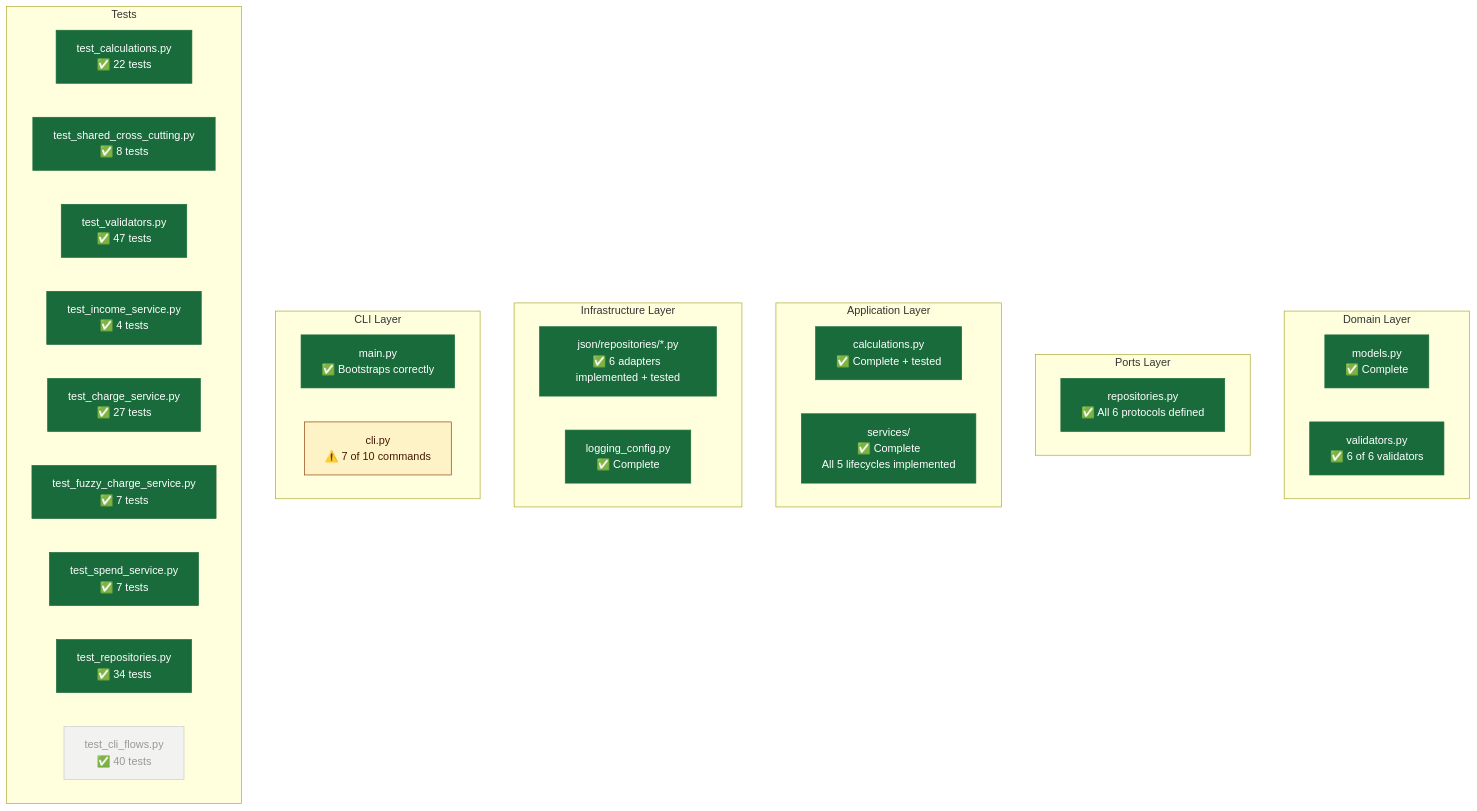
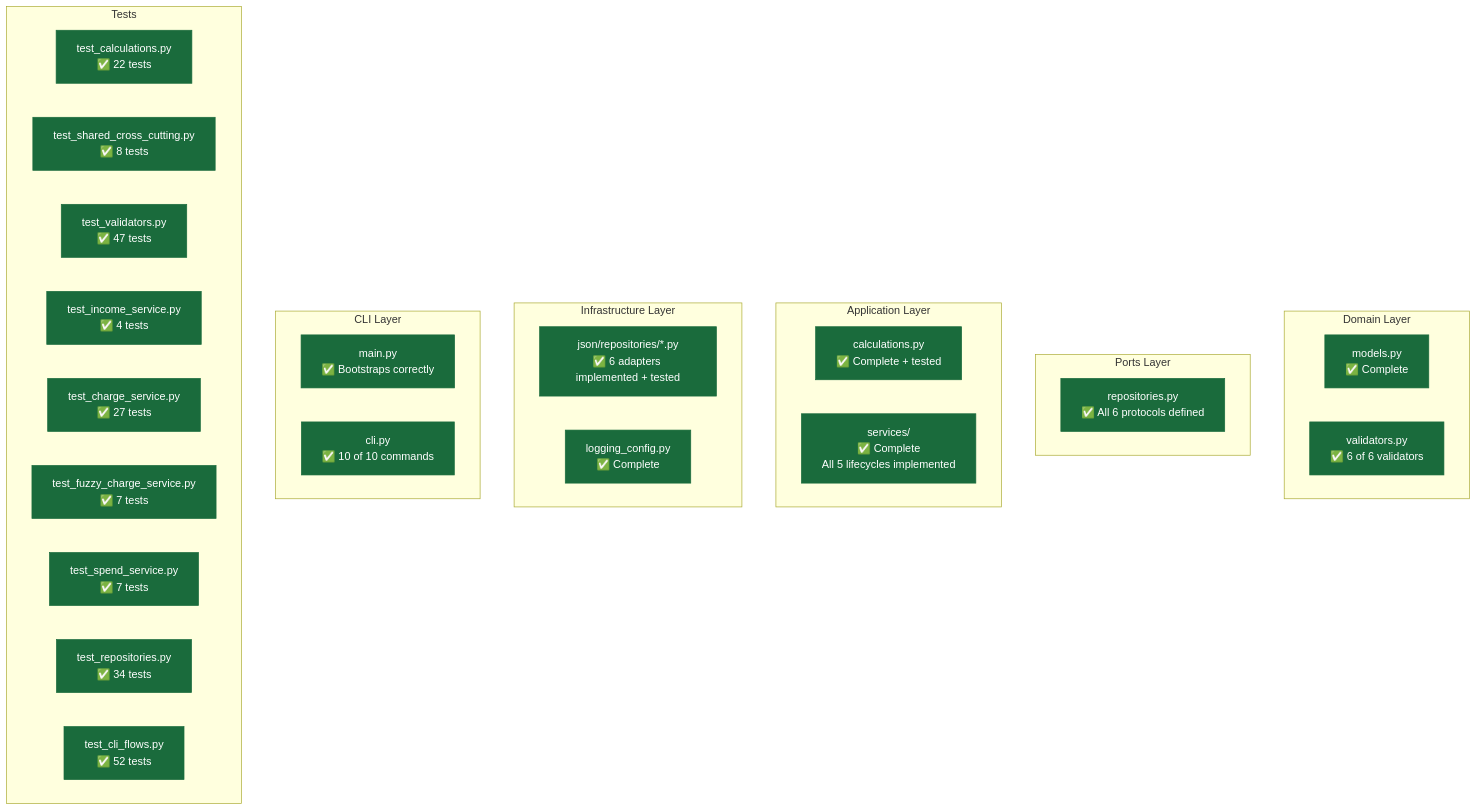
One commit to MoaminShikha/student-expense-tracker changed diagram 12 of 25 in Docs/stage1_implementation_status.md. Above: the diagram before and after it, drawn with Mermaid. The commit also changed other lines of this file, not shown here.

````diff
--- a/Docs/stage1_implementation_status.md
+++ b/Docs/stage1_implementation_status.md
@@ -431,59 +414,59 @@
 ```mermaid
 graph TD
     subgraph layer_domain["Domain Layer"]
         M["models.py\n✅ Complete"]
         V["validators.py\n✅ 6 of 6 validators"]
     end
 
     subgraph layer_ports["Ports Layer"]
         R["repositories.py\n✅ All 6 protocols defined"]
     end
 
     subgraph layer_app["Application Layer"]
         C["calculations.py\n✅ Complete + tested"]
         S["services/\n✅ Complete\nAll 5 lifecycles implemented"]
     end
 
     subgraph layer_infra["Infrastructure Layer"]
         J["json/repositories/*.py\n✅ 6 adapters implemented + tested"]
         L["logging_config.py\n✅ Complete"]
     end
 
     subgraph layer_cli["CLI Layer"]
         Main["main.py\n✅ Bootstraps correctly"]
-        Cli["cli.py\n⚠️ 7 of 10 commands"]
+        Cli["cli.py\n✅ 10 of 10 commands"]
     end
 
     subgraph layer_tests["Tests"]
         T1["test_calculations.py\n✅ 22 tests"]
         T2["test_shared_cross_cutting.py\n✅ 8 tests"]
         T3["test_validators.py\n✅ 47 tests"]
         T4["test_income_service.py\n✅ 4 tests"]
         T5["test_charge_service.py\n✅ 27 tests"]
         T6["test_fuzzy_charge_service.py\n✅ 7 tests"]
         T7["test_spend_service.py\n✅ 7 tests"]
         T8["test_repositories.py\n✅ 34 tests"]
-        T9["test_cli_flows.py\n✅ 40 tests"]
+        T9["test_cli_flows.py\n✅ 52 tests"]
     end
 
     style M fill:#1a6b3c,color:#fff,stroke:#1a6b3c
     style R fill:#1a6b3c,color:#fff,stroke:#1a6b3c
     style C fill:#1a6b3c,color:#fff,stroke:#1a6b3c
     style J fill:#1a6b3c,color:#fff,stroke:#1a6b3c
     style L fill:#1a6b3c,color:#fff,stroke:#1a6b3c
     style Main fill:#1a6b3c,color:#fff,stroke:#1a6b3c
     style T1 fill:#1a6b3c,color:#fff,stroke:#1a6b3c
     style T2 fill:#1a6b3c,color:#fff,stroke:#1a6b3c
     style T3 fill:#1a6b3c,color:#fff,stroke:#1a6b3c
     style T4 fill:#1a6b3c,color:#fff,stroke:#1a6b3c
     style T5 fill:#1a6b3c,color:#fff,stroke:#1a6b3c
     style T6 fill:#1a6b3c,color:#fff,stroke:#1a6b3c
     style T7 fill:#1a6b3c,color:#fff,stroke:#1a6b3c
     style V fill:#1a6b3c,color:#fff,stroke:#1a6b3c
     style S fill:#1a6b3c,color:#fff,stroke:#1a6b3c
     style T6 fill:#1a6b3c,color:#fff,stroke:#1a6b3c
     style T7 fill:#1a6b3c,color:#fff,stroke:#1a6b3c
     style T8 fill:#1a6b3c,color:#fff,stroke:#1a6b3c
-    style Cli fill:#fef3c7,stroke:#92400e,color:#451a03
-    style T9 fill:#f2f2f0,stroke:#ccc,color:#999
+    style Cli fill:#1a6b3c,color:#fff,stroke:#1a6b3c
+    style T9 fill:#1a6b3c,color:#fff,stroke:#1a6b3c
 ```
````
